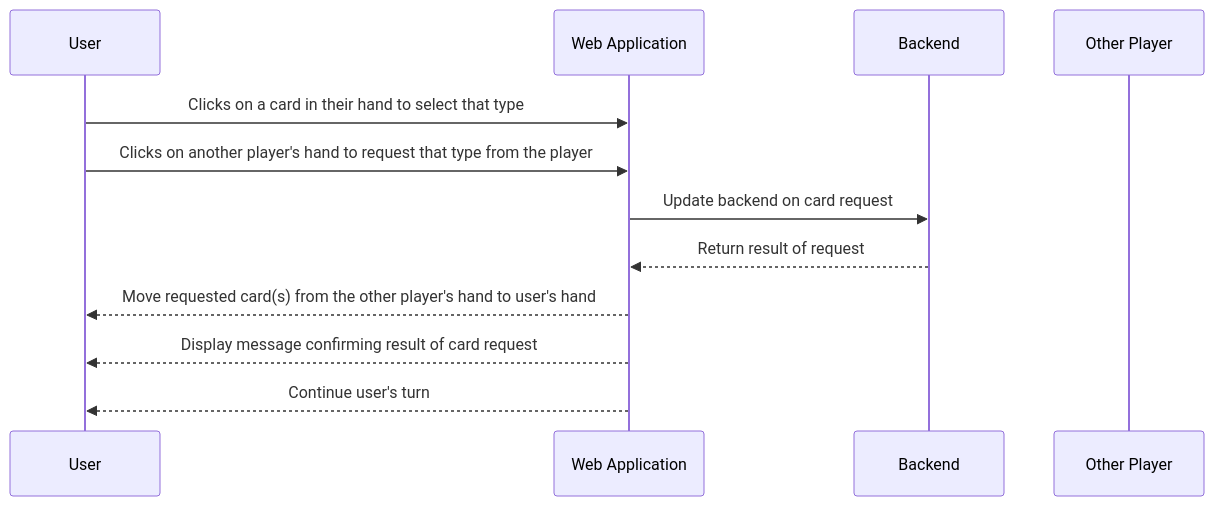
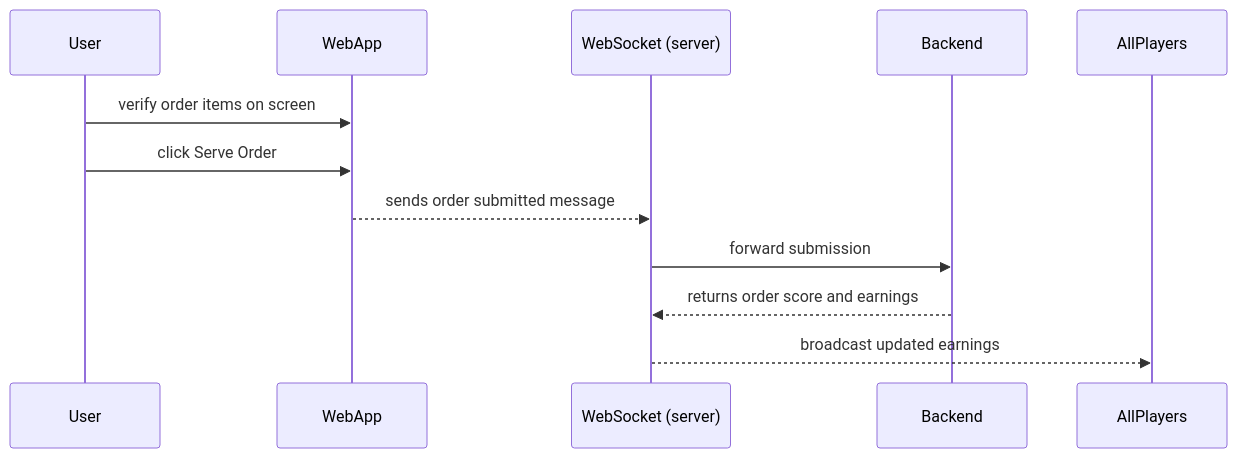
Before and after one commit to Capstone-Projects-2025-Spring/aac-go-fish: diagram 16 of 19 in documentation/docs/system-architecture/use-case-sequences.md, drawn with Mermaid. The commit also changed other lines of this file and 1 other file, not shown here.

Commit message:
AGTC-117 Update use cases and sequences for new game

````diff
--- a/documentation/docs/system-architecture/use-case-sequences.md
+++ b/documentation/docs/system-architecture/use-case-sequences.md
@@ -78,17 +289,15 @@
 ```mermaid
 sequenceDiagram
+    participant Manager as User
+    participant WebApp
+    participant WS as WebSocket (server)
+    participant Backend
+    participant AllPlayers
 
-    participant User
-    participant WebApplication as Web Application
-    participant Backend
-    participant OtherPlayer as Other Player
-
-    User->>WebApplication: Clicks on a card in their hand to select that type
-    User->>WebApplication: Clicks on another player's hand to request that type from the player
-    WebApplication->>Backend: Update backend on card request
-    Backend-->>WebApplication: Return result of request
-    WebApplication-->>User: Move requested card(s) from the other player's hand to user's hand
-    WebApplication-->>User: Display message confirming result of card request
-    WebApplication-->>User: Continue user's turn
-
+    Manager->>WebApp: verify order items on screen
+    Manager->>WebApp: click Serve Order
+    WebApp-->>WS: sends order submitted message
+    WS->>Backend: forward submission
+    Backend-->>WS: returns order score and earnings
+    WS-->>AllPlayers: broadcast updated earnings
 ```
````
